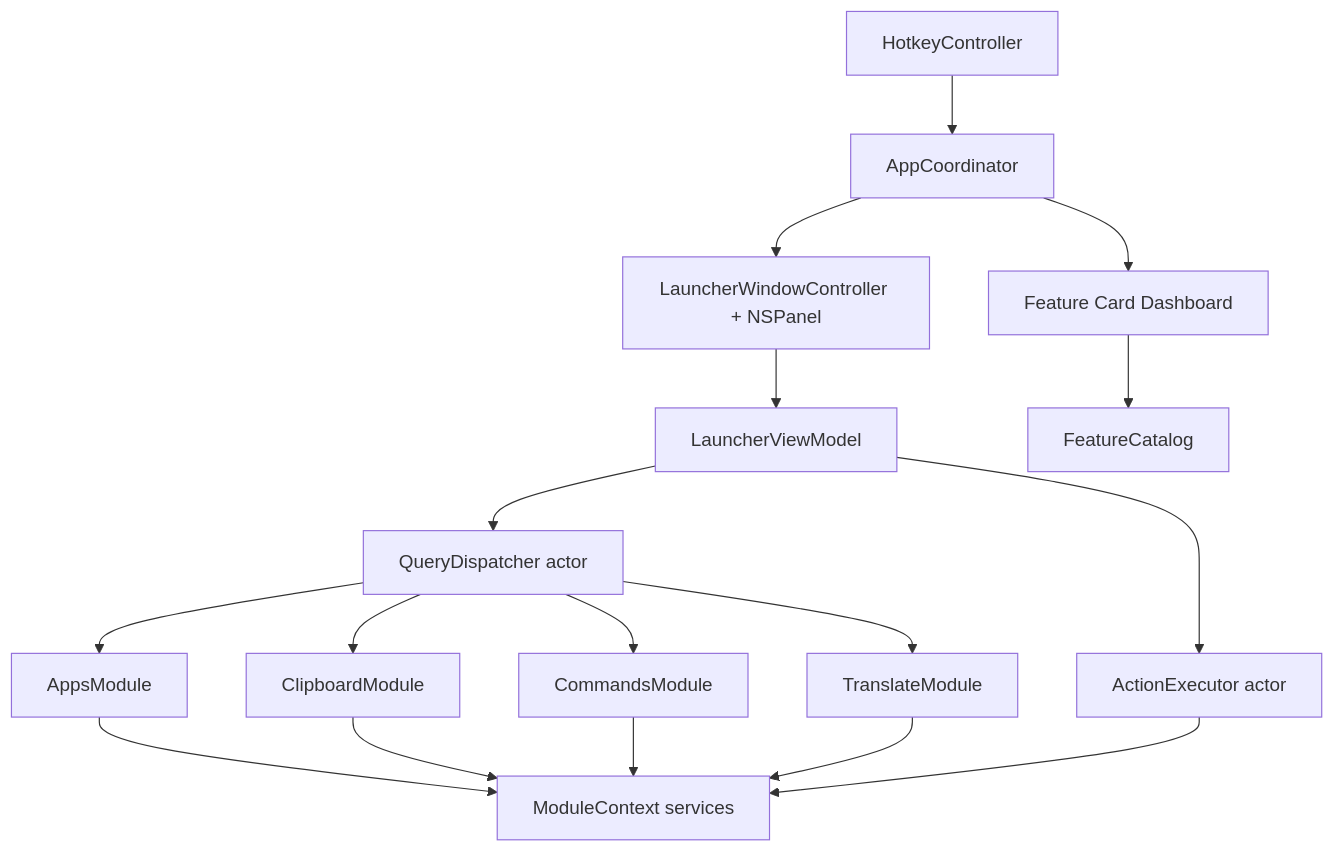
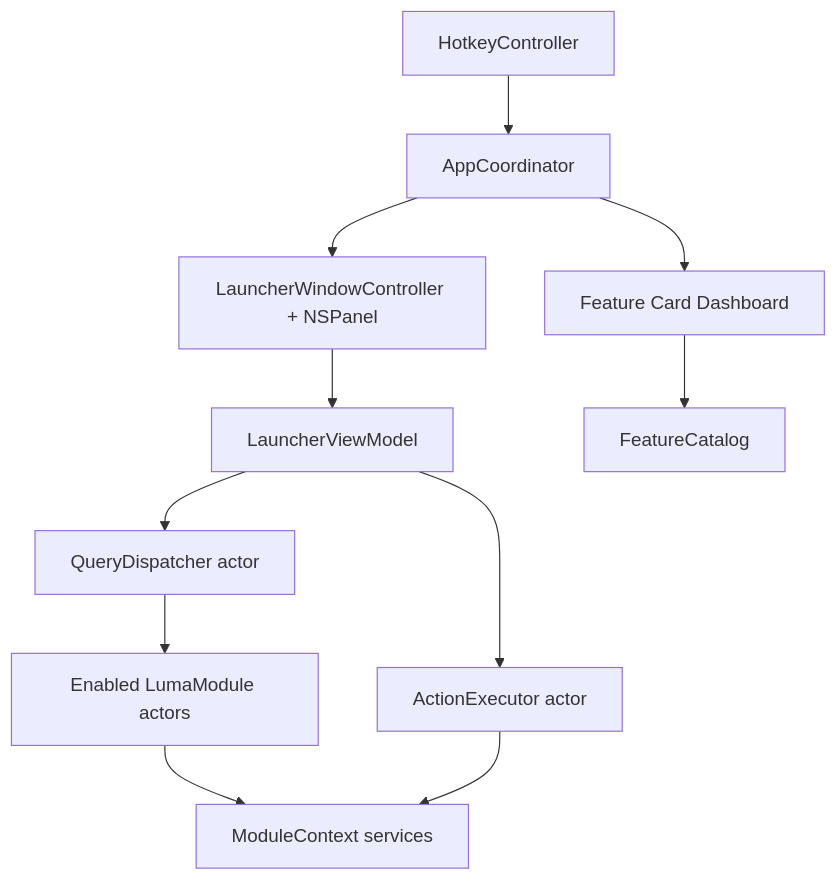
Before and after one commit to dyxnb22/Luma: the diagram in docs/ARCHITECTURE.md, drawn with Mermaid. The commit also changed other lines of this file and 21 other files, not shown here.

````diff
--- a/docs/ARCHITECTURE.md
+++ b/docs/ARCHITECTURE.md
@@ -7,19 +7,13 @@
 ```mermaid
 flowchart TD
     Hotkey["HotkeyController"] --> Coordinator["AppCoordinator"]
     Coordinator --> Panel["LauncherWindowController + NSPanel"]
     Coordinator --> Cards["Feature Card Dashboard"]
     Panel --> VM["LauncherViewModel"]
     Cards --> CardCatalog["FeatureCatalog"]
     VM --> Dispatcher["QueryDispatcher actor"]
-    Dispatcher --> Apps["AppsModule"]
-    Dispatcher --> Clipboard["ClipboardModule"]
-    Dispatcher --> Commands["CommandsModule"]
-    Dispatcher --> Translate["TranslateModule"]
-    Apps --> Services["ModuleContext services"]
-    Clipboard --> Services
-    Commands --> Services
-    Translate --> Services
+    Dispatcher --> Modules["Enabled LumaModule actors"]
+    Modules --> Services["ModuleContext services"]
     VM --> Executor["ActionExecutor actor"]
     Executor --> Services
 ```
````
